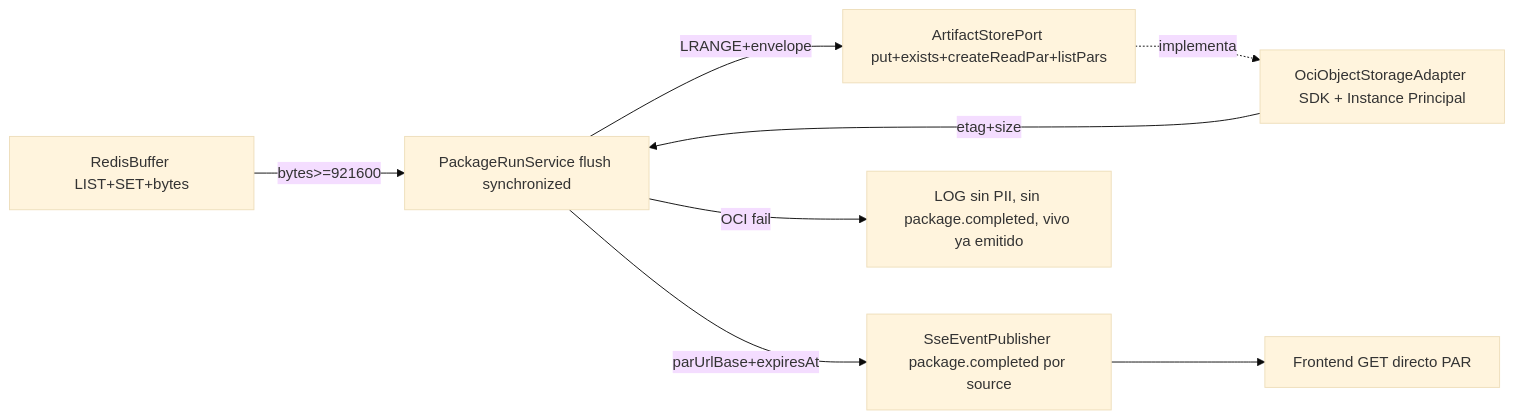
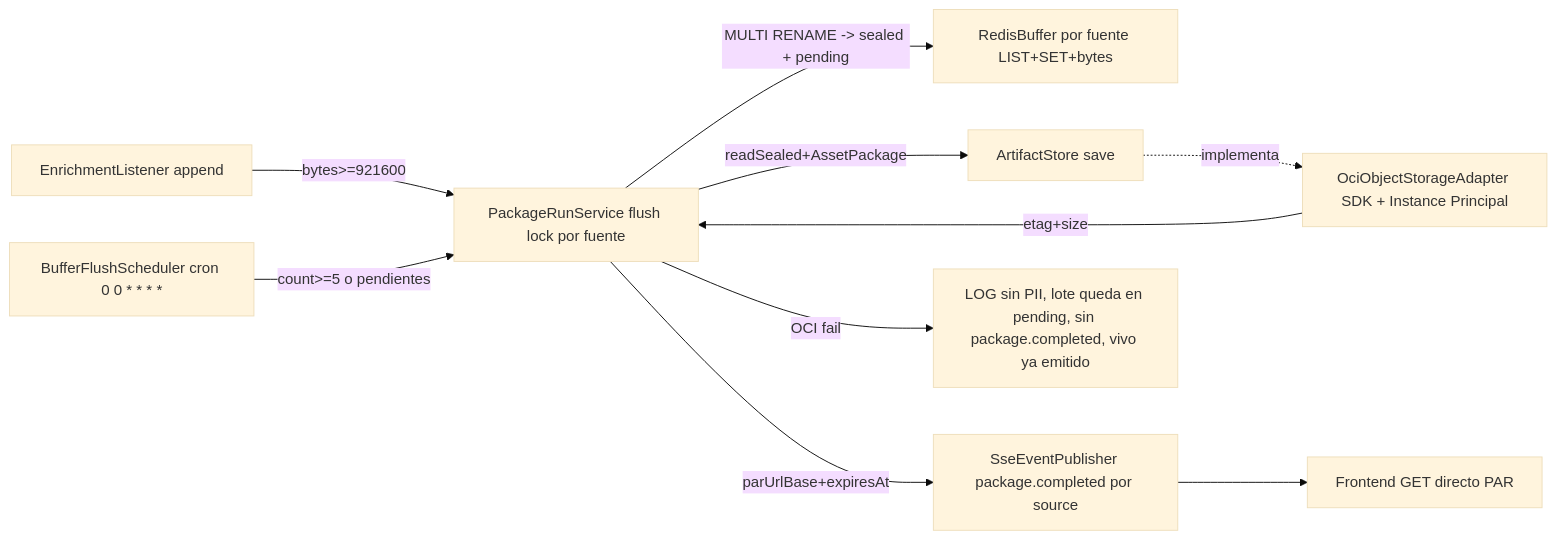
The diagram in docs/sdd/specs/006-almacenamiento-oci-lectura/plan.md (No-Country-simulation/G-10-CommunityLab-equipo-3), drawn with Mermaid (base theme) before and after one commit. The commit also changed other lines of this file and 3 other files, not shown here.

First line of the commit message:
docs(sdd): document per-source buffer and hourly flush (constitution v1.8, spec 006)

````diff
--- a/docs/sdd/specs/006-almacenamiento-oci-lectura/plan.md
+++ b/docs/sdd/specs/006-almacenamiento-oci-lectura/plan.md
@@ -10,10 +10,12 @@
 ```mermaid
 flowchart LR
-  RED[RedisBuffer LIST+SET+bytes] -->|bytes>=921600| FLUSH[PackageRunService flush synchronized]
-  FLUSH -->|LRANGE+envelope| AP[ArtifactStorePort put+exists+createReadPar+listPars]
+  LIS[EnrichmentListener append] -->|bytes>=921600| FLUSH[PackageRunService flush lock por fuente]
+  SCH[BufferFlushScheduler cron 0 0 * * * *] -->|count>=5 o pendientes| FLUSH
+  FLUSH -->|MULTI RENAME -> sealed + pending| RED[RedisBuffer por fuente LIST+SET+bytes]
+  FLUSH -->|readSealed+AssetPackage| AP[ArtifactStore save]
   AP -.implementa.-> OCI[OciObjectStorageAdapter SDK + Instance Principal]
   OCI -->|etag+size| FLUSH
   FLUSH -->|parUrlBase+expiresAt| SSE[SseEventPublisher package.completed por source]
   SSE --> FE[Frontend GET directo PAR]
-  FLUSH -->|OCI fail| LOG[LOG sin PII, sin package.completed, vivo ya emitido]
+  FLUSH -->|OCI fail| LOG[LOG sin PII, lote queda en pending, sin package.completed, vivo ya emitido]
 ```
````
